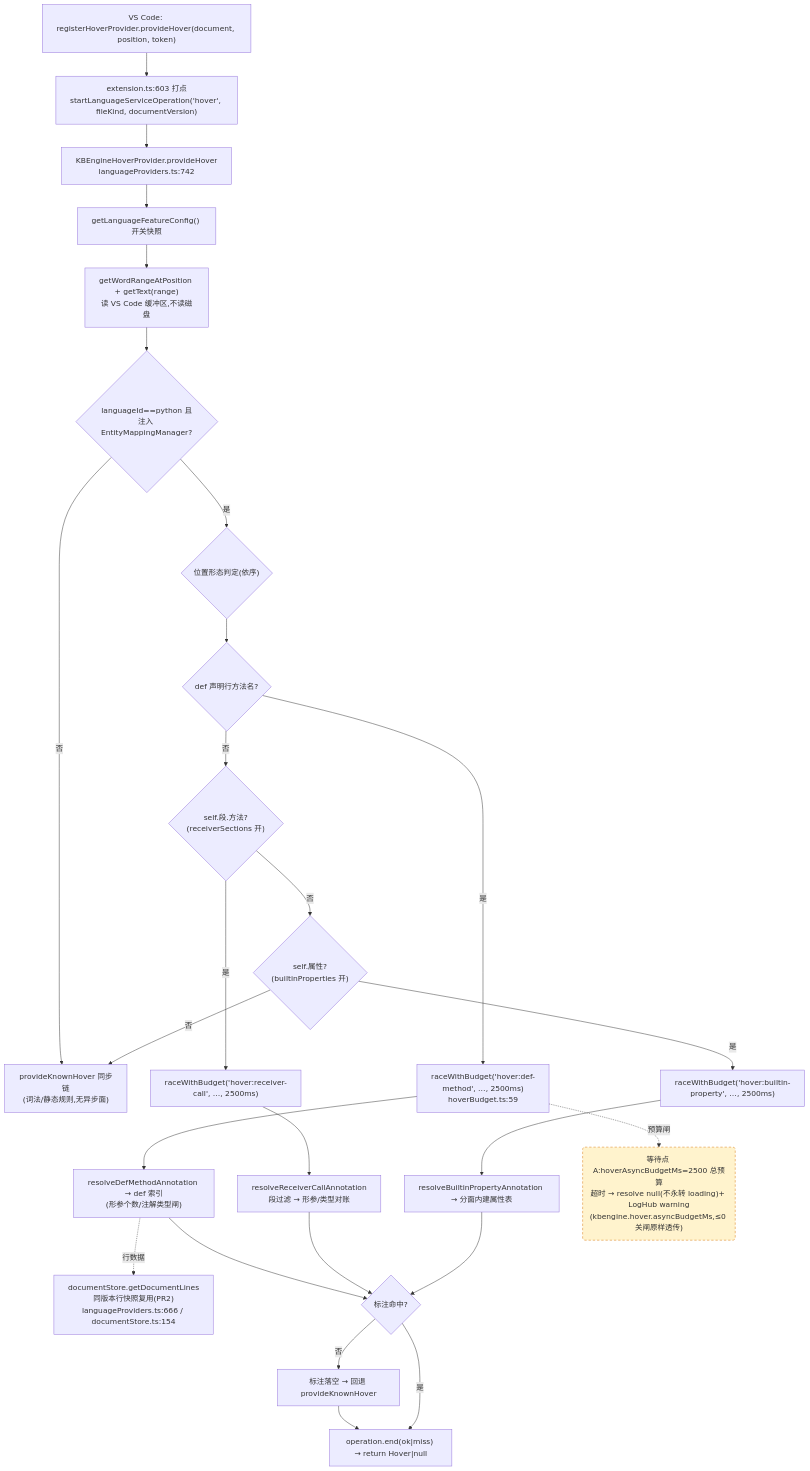
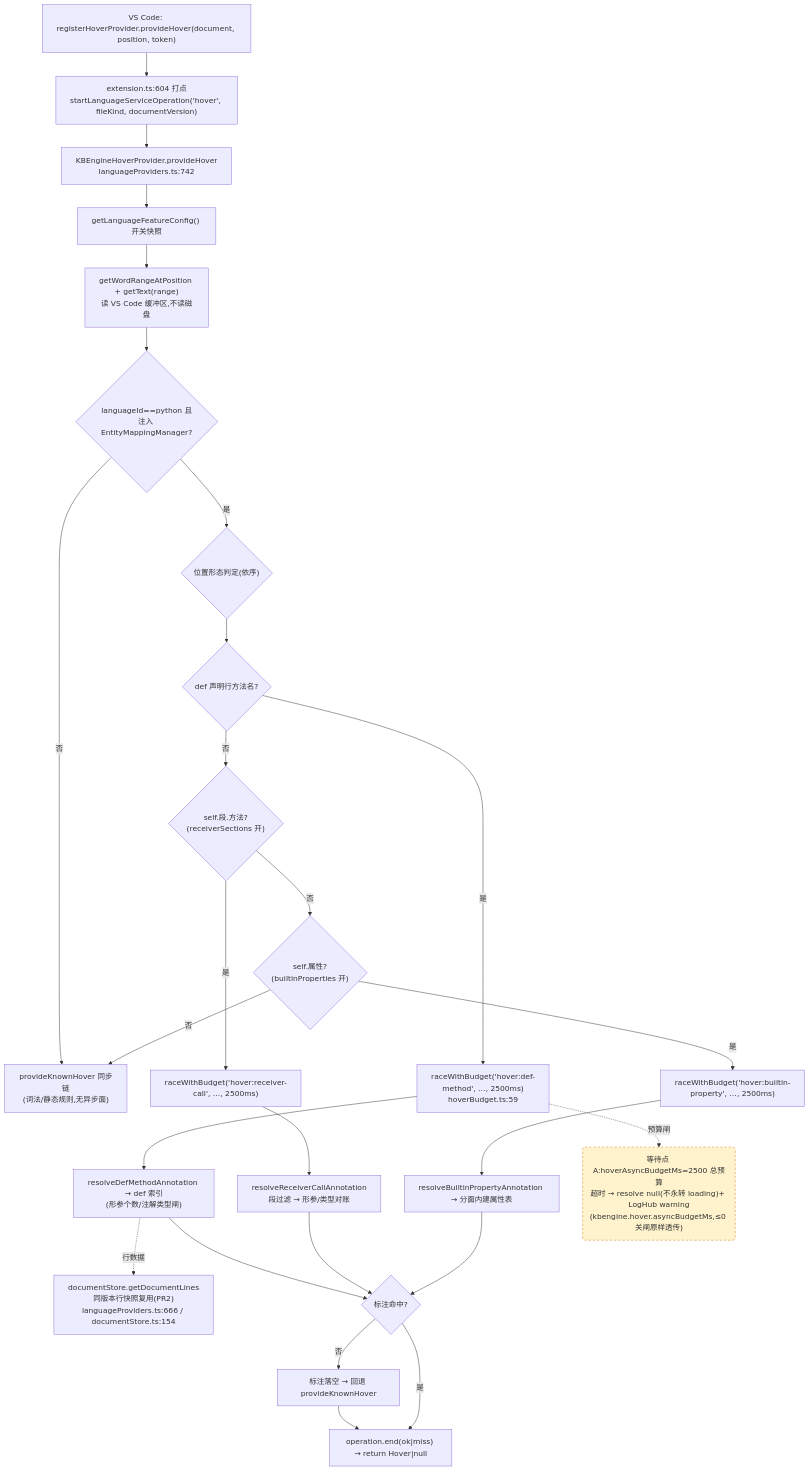
One commit to cuihairu/kode changed the first of 4 diagrams in docs/perf/2026-baseline.md. Above: the diagram before and after it, drawn with Mermaid. The commit also changed other lines of this file and 12 other files, not shown here.

````diff
--- a/docs/perf/2026-baseline.md
+++ b/docs/perf/2026-baseline.md
@@ -82,45 +82,45 @@
 ```mermaid
 flowchart TD
   VC1["VS Code: registerHoverProvider.provideHover(document, position, token)"]
-  M1["extension.ts:603 打点<br/>startLanguageServiceOperation('hover', fileKind, documentVersion)"]
+  M1["extension.ts:604 打点<br/>startLanguageServiceOperation('hover', fileKind, documentVersion)"]
   HP["KBEngineHoverProvider.provideHover<br/>languageProviders.ts:742"]
   CFG["getLanguageFeatureConfig() 开关快照"]
   WORD["getWordRangeAtPosition + getText(range)<br/>读 VS Code 缓冲区,不读磁盘"]
   BR{"languageId==python 且<br/>注入 EntityMappingManager?"}
   KN["provideKnownHover 同步链<br/>(词法/静态规则,无异步面)"]
   POS{"位置形态判定(依序)"}
   D1{"def 声明行方法名?"}
   D2{"self.段.方法?<br/>(receiverSections 开)"}
   D3{"self.属性?<br/>(builtinProperties 开)"}
   RA1["raceWithBudget('hover:def-method', …, 2500ms)<br/>hoverBudget.ts:59"]
   RA2["raceWithBudget('hover:receiver-call', …, 2500ms)"]
   RA3["raceWithBudget('hover:builtin-property', …, 2500ms)"]
   RS1["resolveDefMethodAnnotation → def 索引<br/>(形参个数/注解类型闸)"]
   RS2["resolveReceiverCallAnnotation<br/>段过滤 → 形参/类型对账"]
   RS3["resolveBuiltinPropertyAnnotation → 分面内建属性表"]
   LINES["documentStore.getDocumentLines<br/>同版本行快照复用(PR2)<br/>languageProviders.ts:666 / documentStore.ts:154"]
   MISS["标注落空 → 回退 provideKnownHover"]
   END1["operation.end(ok|miss) → return Hover|null"]
 
   VC1 --> M1 --> HP --> CFG --> WORD --> BR
   BR -- "否" --> KN
   BR -- "是" --> POS --> D1
   D1 -- "是" --> RA1 --> RS1
   D1 -- "否" --> D2
   D2 -- "是" --> RA2 --> RS2
   D2 -- "否" --> D3
   D3 -- "是" --> RA3 --> RS3
   D3 -- "否" --> KN
   RS1 --> HIT{"标注命中?"}
   RS2 --> HIT
   RS3 --> HIT
   RS1 -.->|行数据| LINES
   HIT -- "否" --> MISS --> END1
   HIT -- "是" --> END1
 
   WAITA("等待点 A:hoverAsyncBudgetMs=2500 总预算<br/>超时 → resolve null(不永转 loading)+ LogHub warning<br/>(kbengine.hover.asyncBudgetMs,≤0 关闸原样透传)")
   RA1 -.->|预算闸| WAITA
 
   classDef waitPoint fill:#fff3cd,stroke:#d97706,stroke-dasharray:5 4;
   class WAITA waitPoint;
 ```
````
